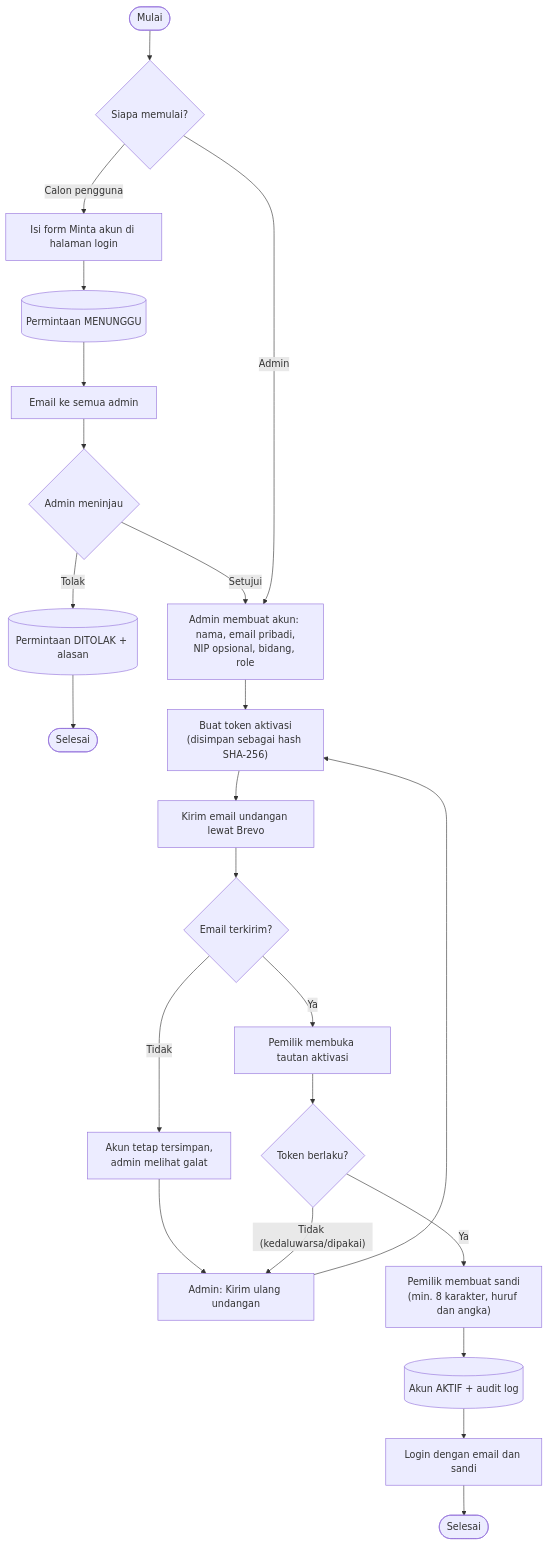
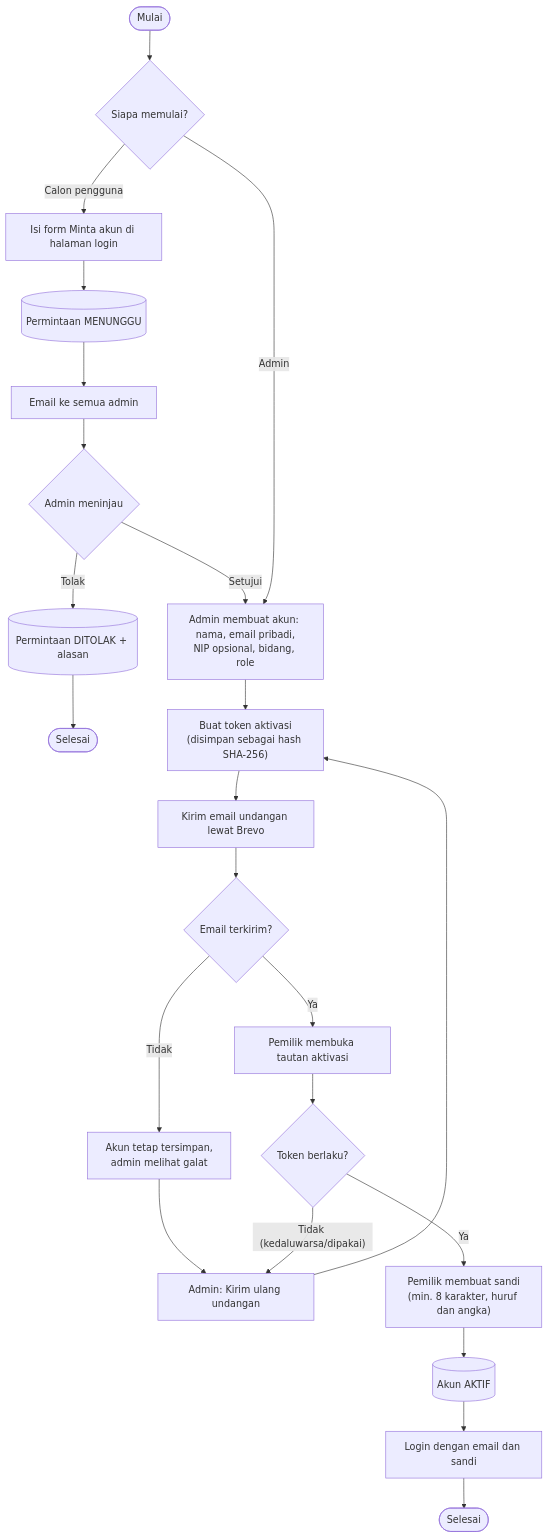
One commit to AhmadsTechDev/kegiatan-kominfo changed the second of 2 diagrams in docs/uml/02-activity.md. Above: the diagram before and after it, drawn with Mermaid. The commit also changed other lines of this file and 69 other files, not shown here.

First line of the commit message:
feat: remove audit log feature

````diff
--- a/docs/uml/02-activity.md
+++ b/docs/uml/02-activity.md
@@ -39,21 +39,21 @@
 ```mermaid
 flowchart TD
     mulai([Mulai]) --> jalur{Siapa memulai?}
     jalur -- Calon pengguna --> minta[Isi form Minta akun di halaman login]
     minta --> tersimpan[(Permintaan MENUNGGU)]
     tersimpan --> notif[Email ke semua admin]
     notif --> tinjau{Admin meninjau}
     tinjau -- Tolak --> tolak[(Permintaan DITOLAK + alasan)] --> akhirTolak([Selesai])
     tinjau -- Setujui --> buat
     jalur -- Admin --> buat["Admin membuat akun: nama, email pribadi,<br/>NIP opsional, bidang, role"]
     buat --> token["Buat token aktivasi<br/>(disimpan sebagai hash SHA-256)"]
     token --> kirim[Kirim email undangan lewat Brevo]
     kirim --> terkirim{Email terkirim?}
     terkirim -- Tidak --> galat[Akun tetap tersimpan,<br/>admin melihat galat] --> ulang[Admin: Kirim ulang undangan] --> token
     terkirim -- Ya --> klik[Pemilik membuka tautan aktivasi]
     klik --> berlaku{Token berlaku?}
     berlaku -- "Tidak (kedaluwarsa/dipakai)" --> ulang
     berlaku -- Ya --> sandi["Pemilik membuat sandi<br/>(min. 8 karakter, huruf dan angka)"]
-    sandi --> aktif[(Akun AKTIF + audit log)]
+    sandi --> aktif[(Akun AKTIF)]
     aktif --> login[Login dengan email dan sandi] --> akhir([Selesai])
 ```
````
